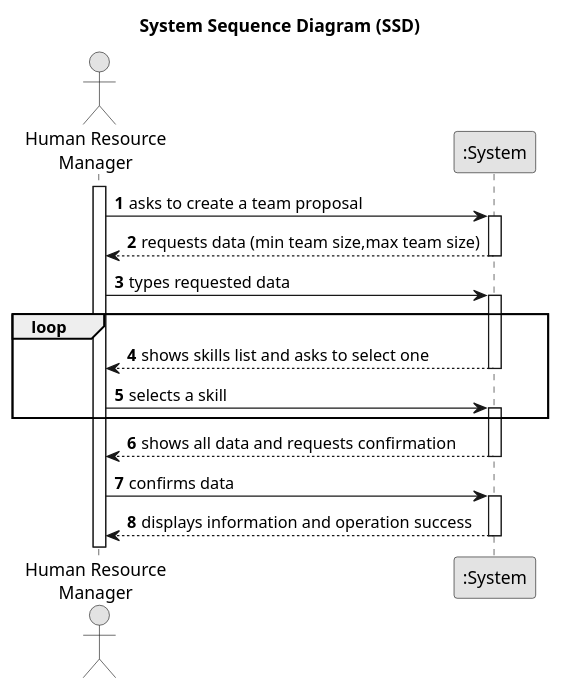
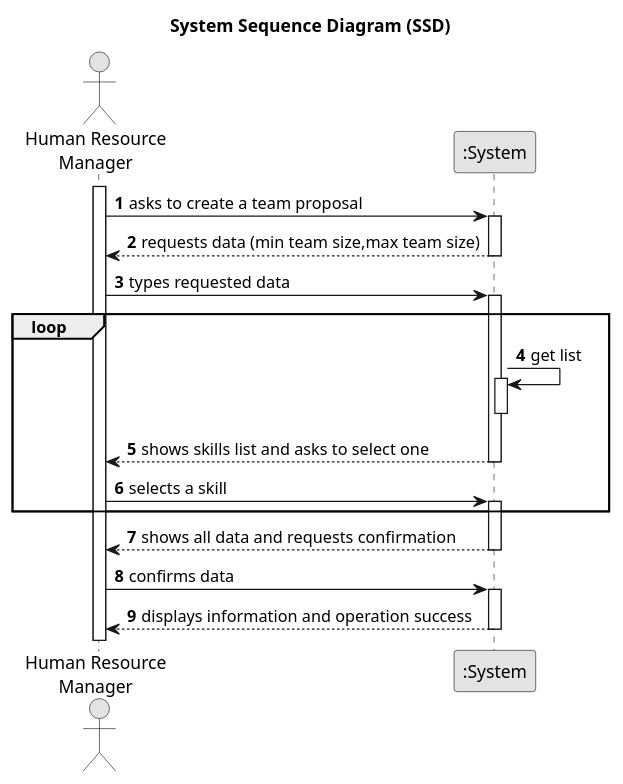
The diagram in docs/sprintB/us05/01.requirements-engineering/puml/us05-system-sequence-diagram.puml (yusufyilmaz00/Integral-Project-ISEP), drawn with PlantUML before and after one commit. The commit also changed 1 other file, not shown here.

Commit message:
update sequence diagram

```diff
--- a/docs/sprintB/us05/01.requirements-engineering/puml/us05-system-sequence-diagram.puml
+++ b/docs/sprintB/us05/01.requirements-engineering/puml/us05-system-sequence-diagram.puml
@@ -1,41 +1,45 @@
 @startuml
 skinparam monochrome true
 skinparam packageStyle rectangle
 skinparam shadowing false
 
 title System Sequence Diagram (SSD)
 
 autonumber
 
 actor "Human Resource\nManager" as Manager
 participant ":System" as System
 
 activate Manager
 
     Manager -> System : asks to create a team proposal
     activate System
 
         System --> Manager : requests data (min team size,max team size)
     deactivate System
 
     Manager -> System : types requested data
     activate System
 
     loop
+    System -> System : get list
+    activate System
+    deactivate System
+
         System --> Manager : shows skills list and asks to select one
         deactivate System
 
         Manager -> System : selects a skill
                 activate System
     end
 
     System --> Manager : shows all data and requests confirmation
     deactivate System
 
     Manager -> System : confirms data
     activate System
 
         System --> Manager : displays information and operation success
     deactivate System
 
 @enduml
```
